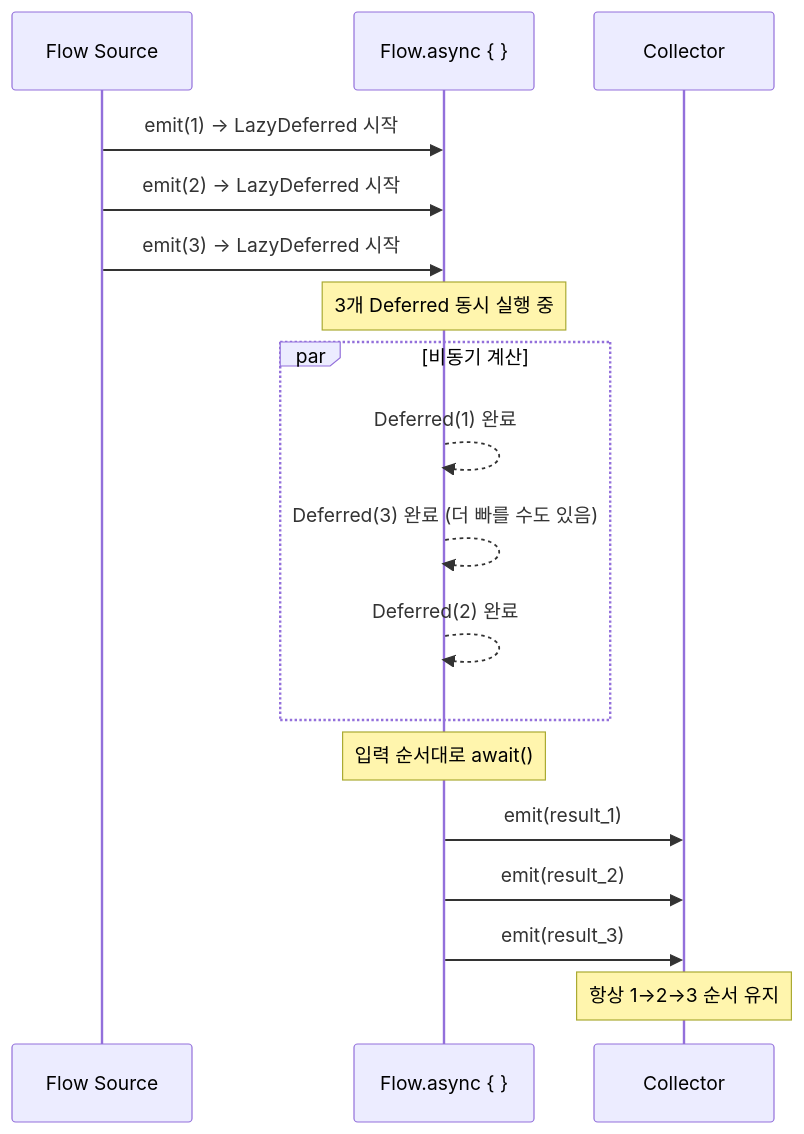
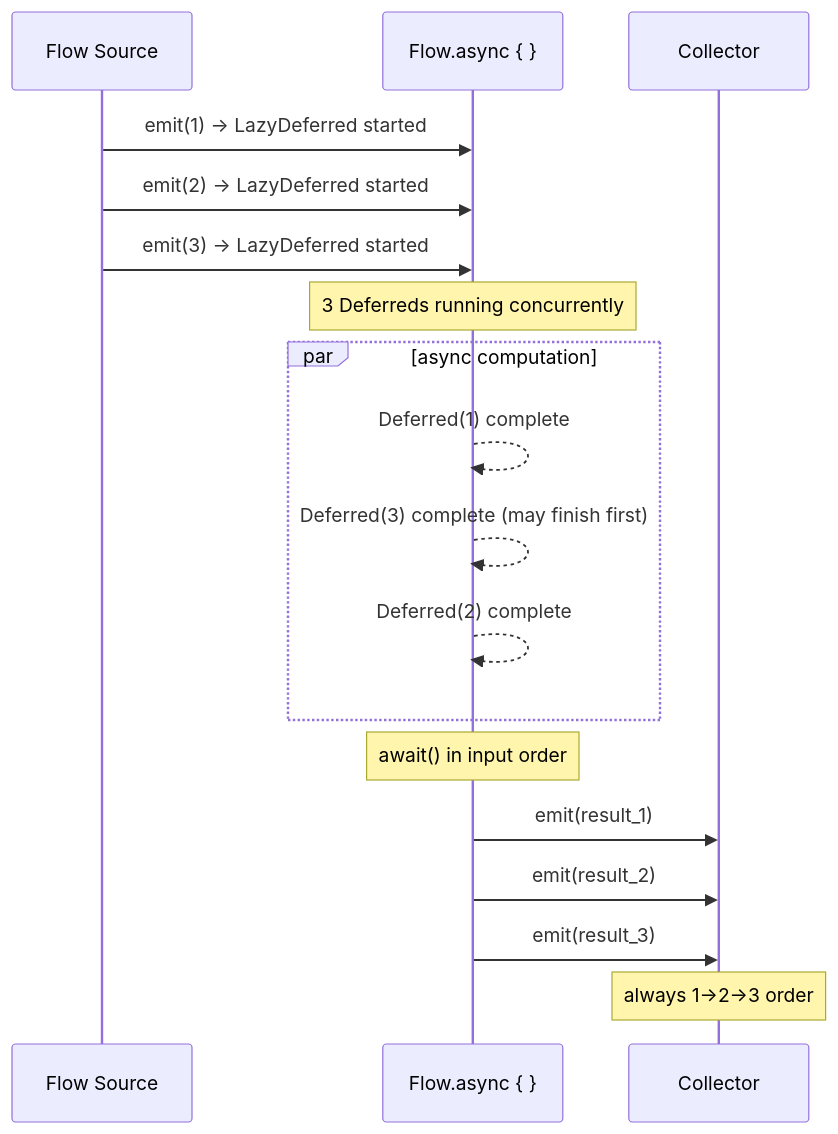
One commit to bluetape4k/bluetape4k-projects changed diagram 15 of 15 in bluetape4k/coroutines/README.md. Above: the diagram before and after it, drawn with Mermaid. The commit also changed other lines of this file and 265 other files, not shown here.

````diff
--- a/bluetape4k/coroutines/README.md
+++ b/bluetape4k/coroutines/README.md
@@ -557,20 +559,20 @@
 ```mermaid
 sequenceDiagram
     participant S as Flow Source
     participant AF as Flow.async { }
     participant R as Collector
-    S ->> AF: emit(1) → LazyDeferred 시작
-    S ->> AF: emit(2) → LazyDeferred 시작
-    S ->> AF: emit(3) → LazyDeferred 시작
-    Note over AF: 3개 Deferred 동시 실행 중
-    par 비동기 계산
-        AF -->> AF: Deferred(1) 완료
-        AF -->> AF: Deferred(3) 완료 (더 빠를 수도 있음)
-        AF -->> AF: Deferred(2) 완료
+    S ->> AF: emit(1) → LazyDeferred started
+    S ->> AF: emit(2) → LazyDeferred started
+    S ->> AF: emit(3) → LazyDeferred started
+    Note over AF: 3 Deferreds running concurrently
+    par async computation
+        AF -->> AF: Deferred(1) complete
+        AF -->> AF: Deferred(3) complete (may finish first)
+        AF -->> AF: Deferred(2) complete
     end
-    Note over AF: 입력 순서대로 await()
+    Note over AF: await() in input order
     AF ->> R: emit(result_1)
     AF ->> R: emit(result_2)
     AF ->> R: emit(result_3)
-    Note over R: 항상 1→2→3 순서 유지
+    Note over R: always 1→2→3 order
 ```
````
